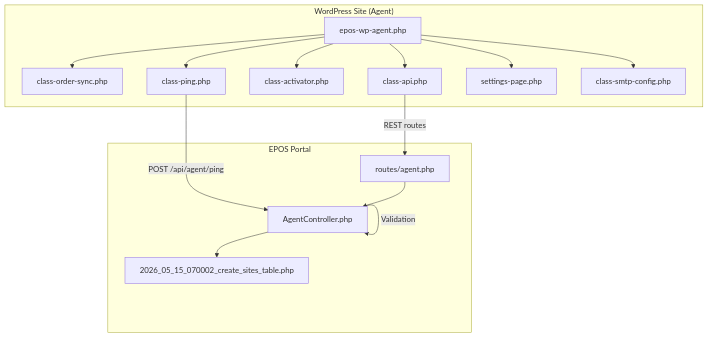
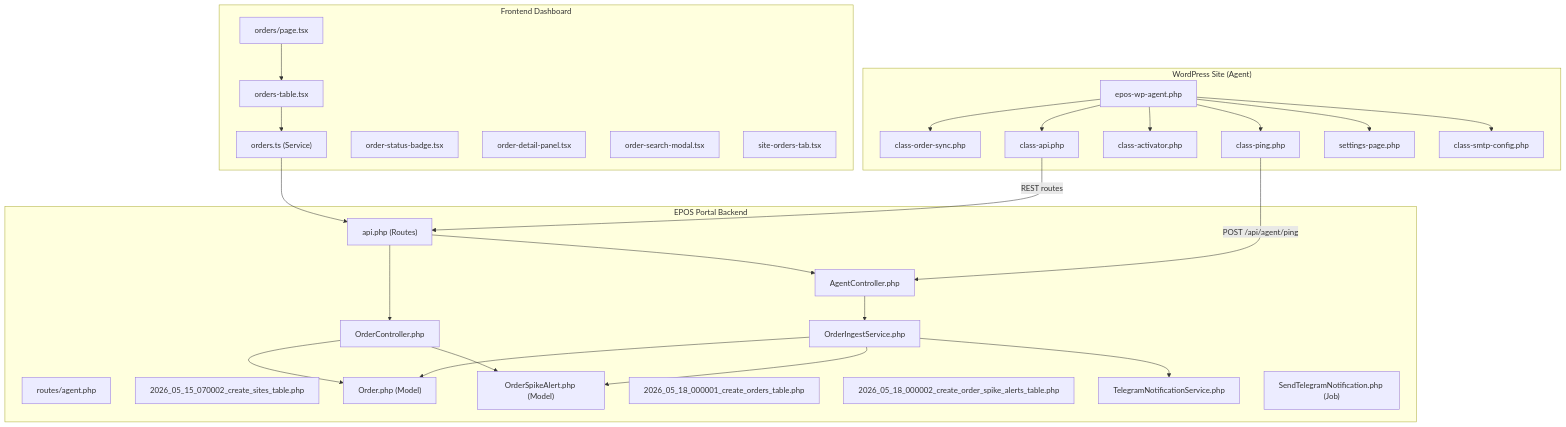
Before and after one commit to FCS-WP/website_portal: the first of 5 diagrams in .qoder/repowiki/en/content/WordPress Agent Integration/Order Synchronization.md, drawn with Mermaid. The commit also changed other lines of this file and 30 other files, not shown here.

````diff
--- a/.qoder/repowiki/en/content/WordPress Agent Integration/Order Synchronization.md
+++ b/.qoder/repowiki/en/content/WordPress Agent Integration/Order Synchronization.md
@@ -36,28 +63,54 @@
 ```mermaid
 graph TB
 subgraph "WordPress Site (Agent)"
 A["epos-wp-agent.php"]
 B["class-order-sync.php"]
 C["class-ping.php"]
 D["class-activator.php"]
 E["class-api.php"]
 F["settings-page.php"]
 G["class-smtp-config.php"]
 end
-subgraph "EPOS Portal"
+subgraph "EPOS Portal Backend"
 H["AgentController.php"]
 I["routes/agent.php"]
 J["2026_05_15_070002_create_sites_table.php"]
+K["Order.php (Model)"]
+L["OrderSpikeAlert.php (Model)"]
+M["OrderIngestService.php"]
+N["OrderController.php"]
+O["2026_05_18_000001_create_orders_table.php"]
+P["2026_05_18_000002_create_order_spike_alerts_table.php"]
+Q["api.php (Routes)"]
+R["TelegramNotificationService.php"]
+S["SendTelegramNotification.php (Job)"]
+end
+subgraph "Frontend Dashboard"
+T["orders/page.tsx"]
+U["orders-table.tsx"]
+V["orders.ts (Service)"]
+W["order-status-badge.tsx"]
+X["order-detail-panel.tsx"]
+Y["order-search-modal.tsx"]
+Z["site-orders-tab.tsx"]
 end
 A --> B
 A --> C
 A --> D
 A --> E
 A --> F
 A --> G
 C --> |"POST /api/agent/ping"| H
-E --> |"REST routes"| I
-H --> |"Validation"| H
-I --> H
-H --> J
+E --> |"REST routes"| Q
+H --> M
+M --> K
+M --> L
+M --> R
+N --> K
+N --> L
+Q --> N
+Q --> H
+T --> U
+U --> V
+V --> Q
 ```
````
